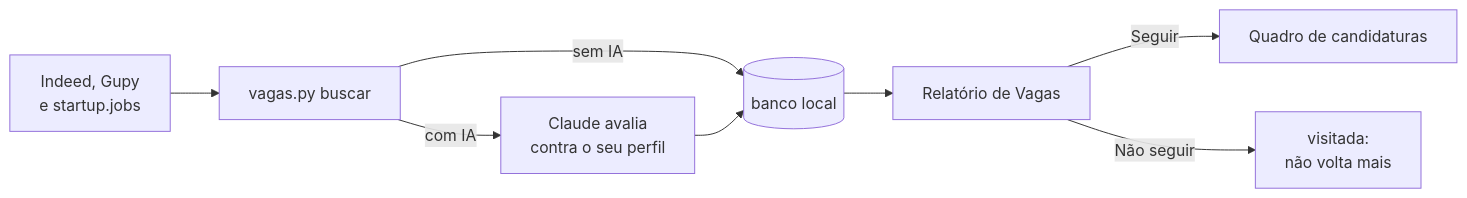
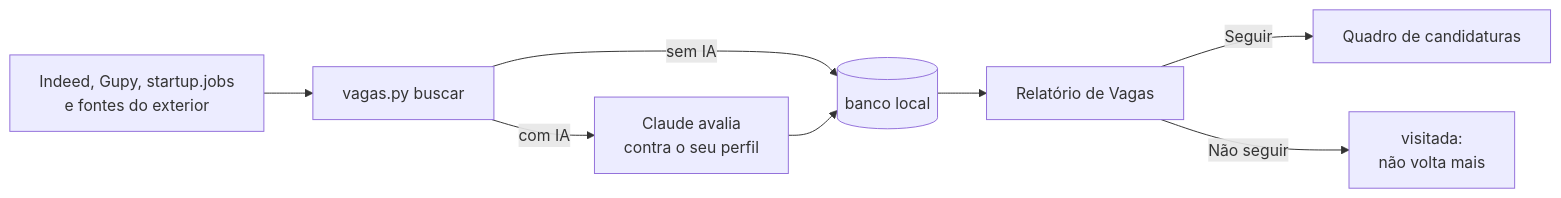
The diagram in README.md (SouMarcel/meu-proximo-trampo), drawn with Mermaid before and after one commit. The commit also changed other lines of this file and 37 other files, not shown here.

````diff
--- a/README.md
+++ b/README.md
@@ -69,10 +70,10 @@
 ```mermaid
 flowchart LR
-  A[Indeed, Gupy<br/>e startup.jobs] --> B[vagas.py buscar]
+  A[Indeed, Gupy, startup.jobs<br/>e fontes do exterior] --> B[vagas.py buscar]
   B -->|sem IA| D[(banco local)]
   B -->|com IA| C[Claude avalia<br/>contra o seu perfil]
   C --> D
   D --> E[Relatório de Vagas]
   E -->|Seguir| F[Quadro de candidaturas]
   E -->|Não seguir| G[visitada:<br/>não volta mais]
 ```
````
